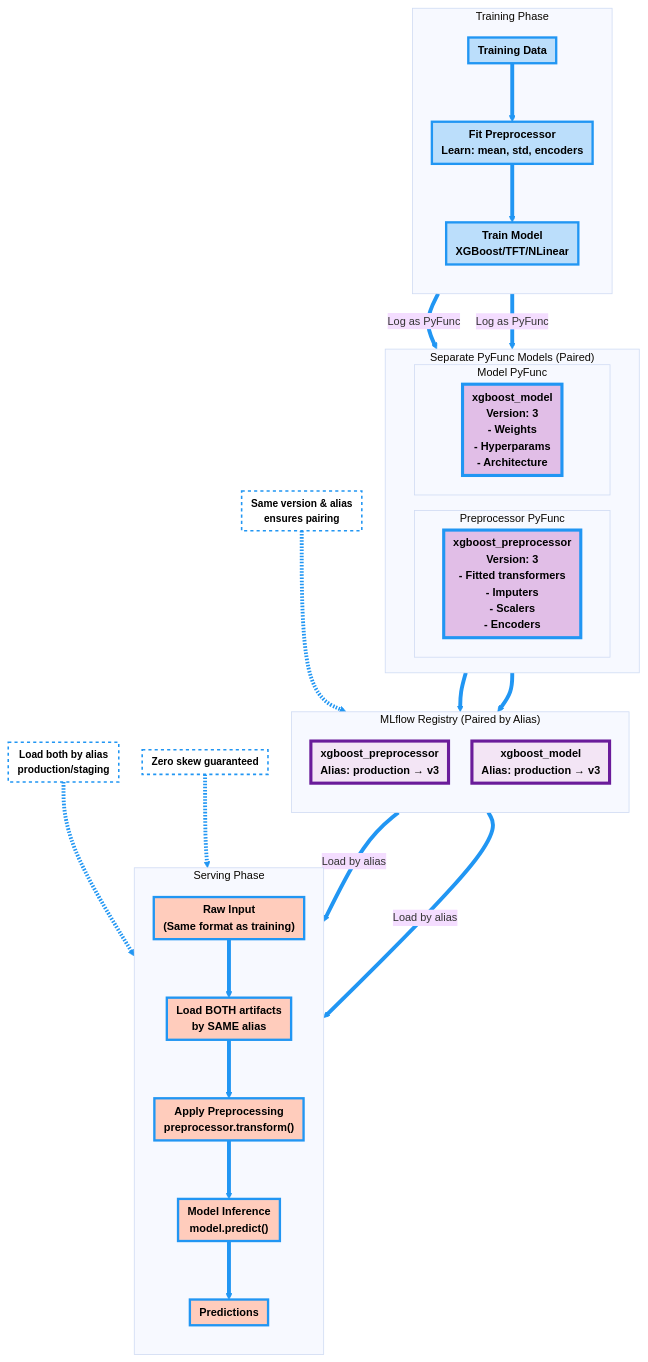
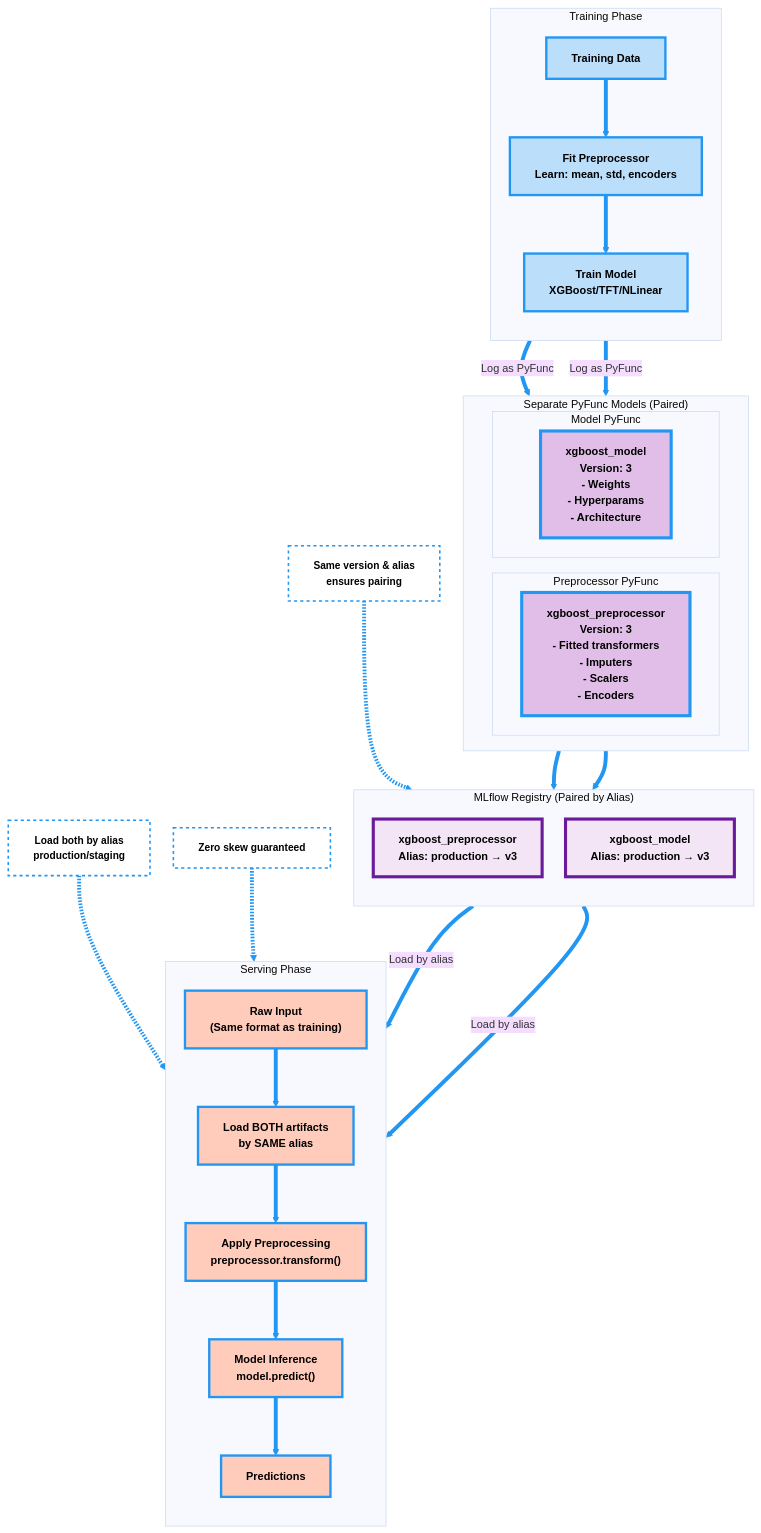
The second of 5 diagrams in docs/architecture.md (bambootran89/ml_pipeline_template), drawn with Mermaid before and after one commit. The commit also changed other lines of this file and 1 other file, not shown here.

```diff
--- a/docs/architecture.md
+++ b/docs/architecture.md
@@ -99,7 +99,7 @@
     "nodeSpacing": 30,
     "rankSpacing": 50,
     "curve": "basis",
-    "padding": 6
+    "padding": 16
   },
   "themeVariables": {
     "fontFamily": "Inter, Arial, sans-serif",
```
